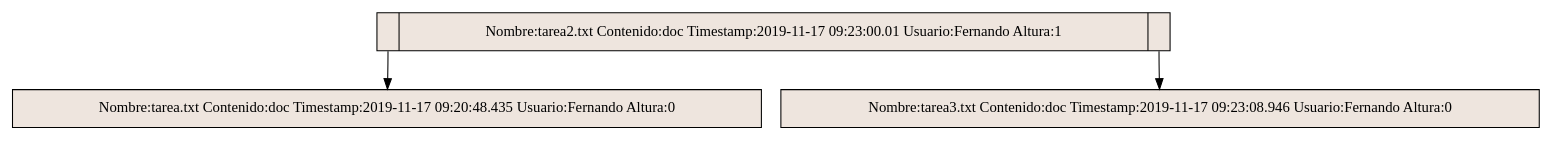
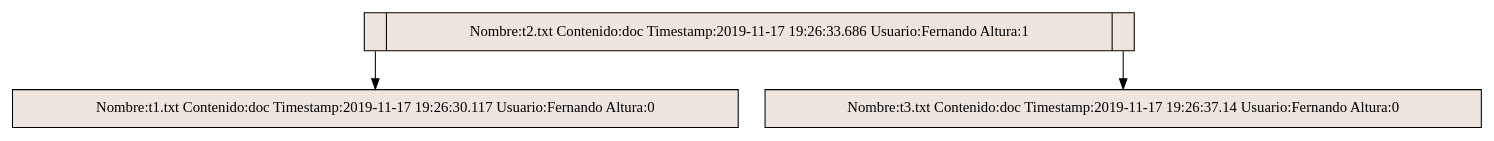
One commit to deathstroke021/EDD_2S2019_PY2_201503961 changed the diagram in PruebaVentanas/aux_grafico.dot. Above: the diagram before and after it, drawn with Graphviz. The commit also changed 17 other files, not shown here.

```diff
--- a/PruebaVentanas/aux_grafico.dot
+++ b/PruebaVentanas/aux_grafico.dot
@@ -1,9 +1,9 @@
 digraph grafica{
 rankdir=TB;
 node [shape = record, style=filled, fillcolor=seashell2];
-nodo2 [ label ="<C0>|Nombre:tarea2.txt Contenido:doc Timestamp:2019-11-17 09:23:00.01 Usuario:Fernando Altura:1|<C1>"];
-nodo1 [ label ="Nombre:tarea.txt Contenido:doc Timestamp:2019-11-17 09:20:48.435 Usuario:Fernando Altura:0"];
+nodo2 [ label ="<C0>|Nombre:t2.txt Contenido:doc Timestamp:2019-11-17 19:26:33.686 Usuario:Fernando Altura:1|<C1>"];
+nodo1 [ label ="Nombre:t1.txt Contenido:doc Timestamp:2019-11-17 19:26:30.117 Usuario:Fernando Altura:0"];
 nodo2:C0->nodo1
-nodo3 [ label ="Nombre:tarea3.txt Contenido:doc Timestamp:2019-11-17 09:23:08.946 Usuario:Fernando Altura:0"];
+nodo3 [ label ="Nombre:t3.txt Contenido:doc Timestamp:2019-11-17 19:26:37.14 Usuario:Fernando Altura:0"];
 nodo2:C1->nodo3
 }
```
